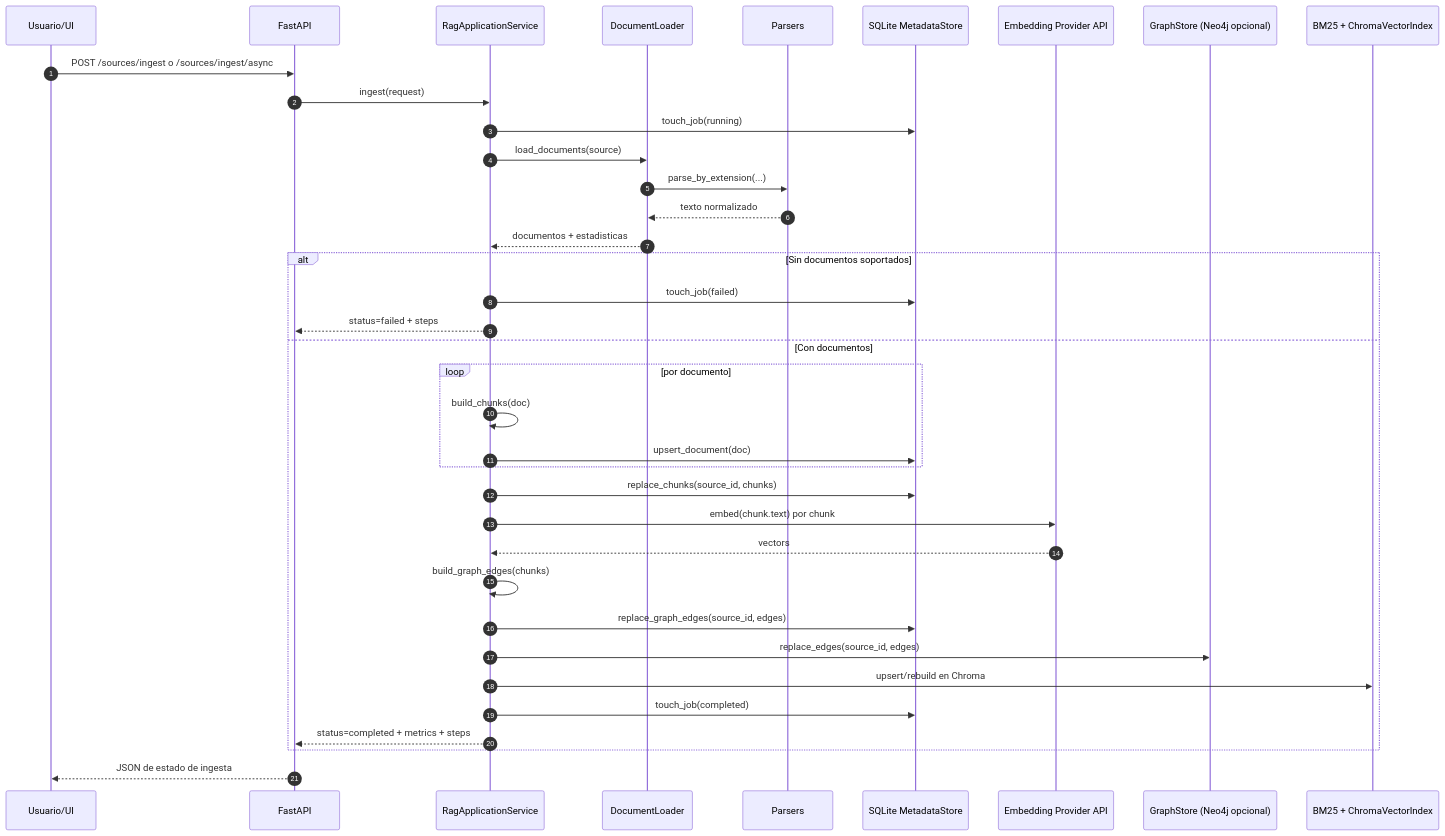
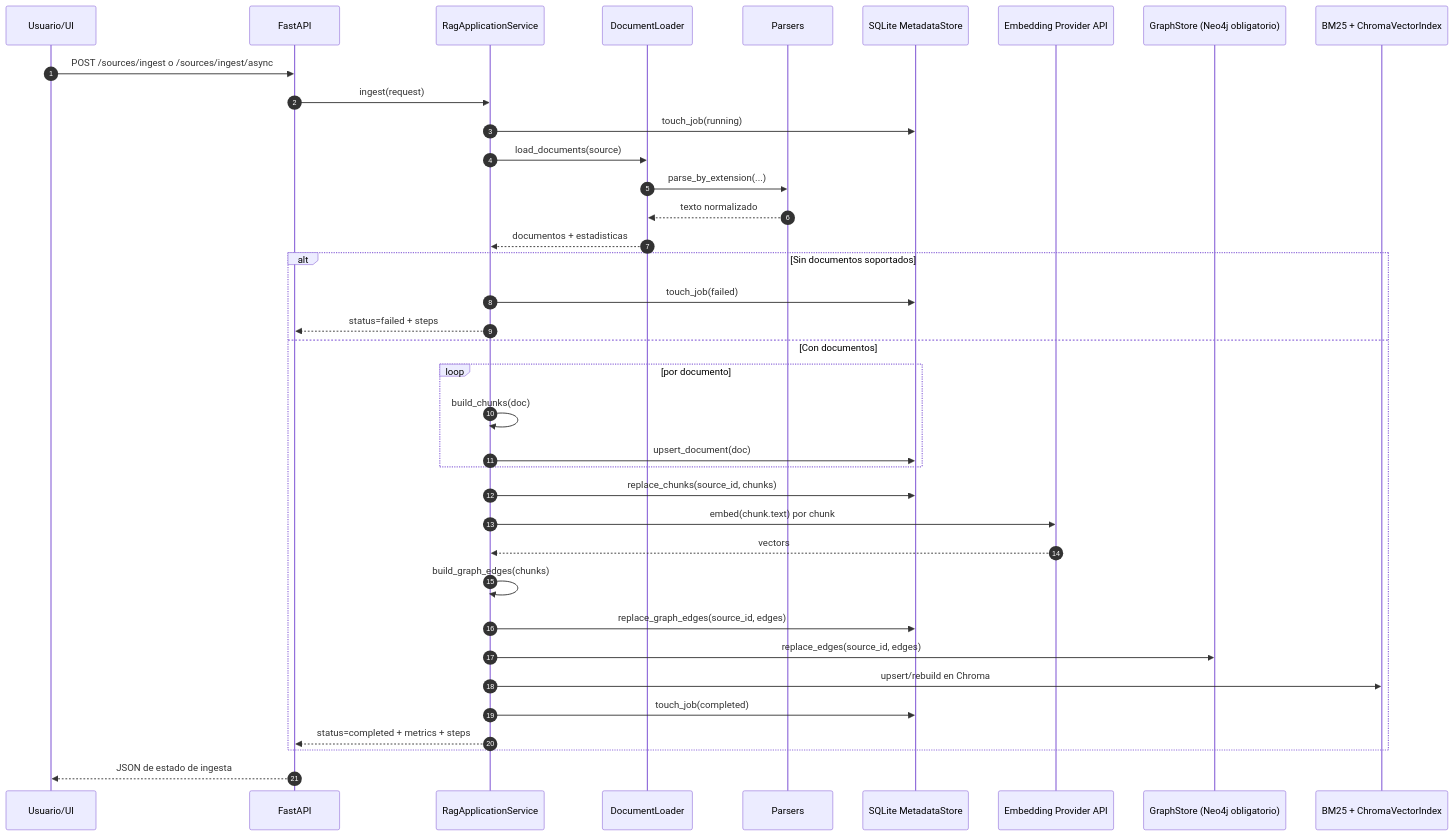
Before and after one commit to gherrerz/KDB-RAG-Docs: the third of 4 diagrams in docs/ARCHITECTURE.md, drawn with Mermaid. The commit also changed other lines of this file and 10 other files, not shown here.

Commit message:
feat: require neo4j runtime for ingestion and query graph flows

````diff
--- a/docs/ARCHITECTURE.md
+++ b/docs/ARCHITECTURE.md
@@ -153,43 +154,43 @@
 ```mermaid
 sequenceDiagram
     autonumber
     participant User as Usuario/UI
     participant API as FastAPI
     participant SVC as RagApplicationService
     participant DL as DocumentLoader
     participant PRS as Parsers
     participant DB as SQLite MetadataStore
     participant EMB as Embedding Provider API
-    participant GS as GraphStore (Neo4j opcional)
+    participant GS as GraphStore (Neo4j obligatorio)
     participant IDX as BM25 + ChromaVectorIndex
 
     User->>API: POST /sources/ingest o /sources/ingest/async
     API->>SVC: ingest(request)
     SVC->>DB: touch_job(running)
 
     SVC->>DL: load_documents(source)
     DL->>PRS: parse_by_extension(...)
     PRS-->>DL: texto normalizado
     DL-->>SVC: documentos + estadisticas
 
     alt Sin documentos soportados
         SVC->>DB: touch_job(failed)
         SVC-->>API: status=failed + steps
     else Con documentos
         loop por documento
             SVC->>SVC: build_chunks(doc)
             SVC->>DB: upsert_document(doc)
         end
         SVC->>DB: replace_chunks(source_id, chunks)
         SVC->>EMB: embed(chunk.text) por chunk
         EMB-->>SVC: vectors
         SVC->>SVC: build_graph_edges(chunks)
         SVC->>DB: replace_graph_edges(source_id, edges)
         SVC->>GS: replace_edges(source_id, edges)
         SVC->>IDX: upsert/rebuild en Chroma
         SVC->>DB: touch_job(completed)
         SVC-->>API: status=completed + metrics + steps
     end
 
     API-->>User: JSON de estado de ingesta
 ```
````
